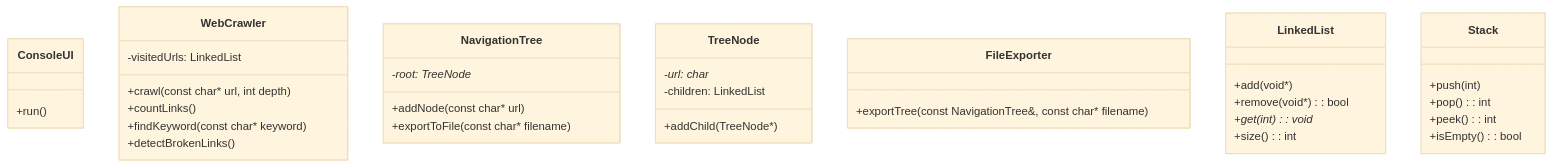
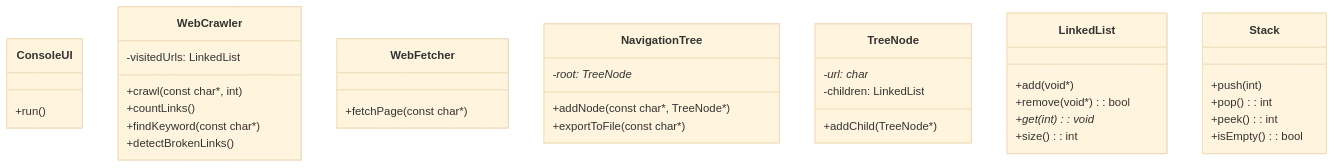
Before and after one commit to GGabrielDev/proyecto-actual-scrapper: the diagram in README.md, drawn with Mermaid (base theme). The commit also changed other lines of this file, not shown here.

````diff
--- a/README.md
+++ b/README.md
@@ -45,49 +67,38 @@
 ```mermaid
 classDiagram
-    %% Capa de Presentación
     class ConsoleUI {
         +run()
     }
-
-    %% Capa de Negocio
     class WebCrawler {
         -visitedUrls: LinkedList
-        +crawl(const char* url, int depth)
+        +crawl(const char*, int)
         +countLinks()
-        +findKeyword(const char* keyword)
+        +findKeyword(const char*)
         +detectBrokenLinks()
     }
-
+    class WebFetcher {
+        +fetchPage(const char*)
+    }
     class NavigationTree {
         -root: TreeNode*
-        +addNode(const char* url)
-        +exportToFile(const char* filename)
+        +addNode(const char*, TreeNode*)
+        +exportToFile(const char*)
     }
-
-    %% Entidades de Dominio
     class TreeNode {
         -url: char*
         -children: LinkedList
         +addChild(TreeNode*)
     }
-
-    %% Capa de Datos
-    class FileExporter {
-        +exportTree(const NavigationTree&, const char* filename)
-    }
-
-    %% Estructuras de Datos
     class LinkedList {
         +add(void*)
         +remove(void*): bool
         +get(int): void*
         +size(): int
     }
-
     class Stack {
         +push(int)
         +pop(): int
         +peek(): int
         +isEmpty(): bool
     }
 ```
````
